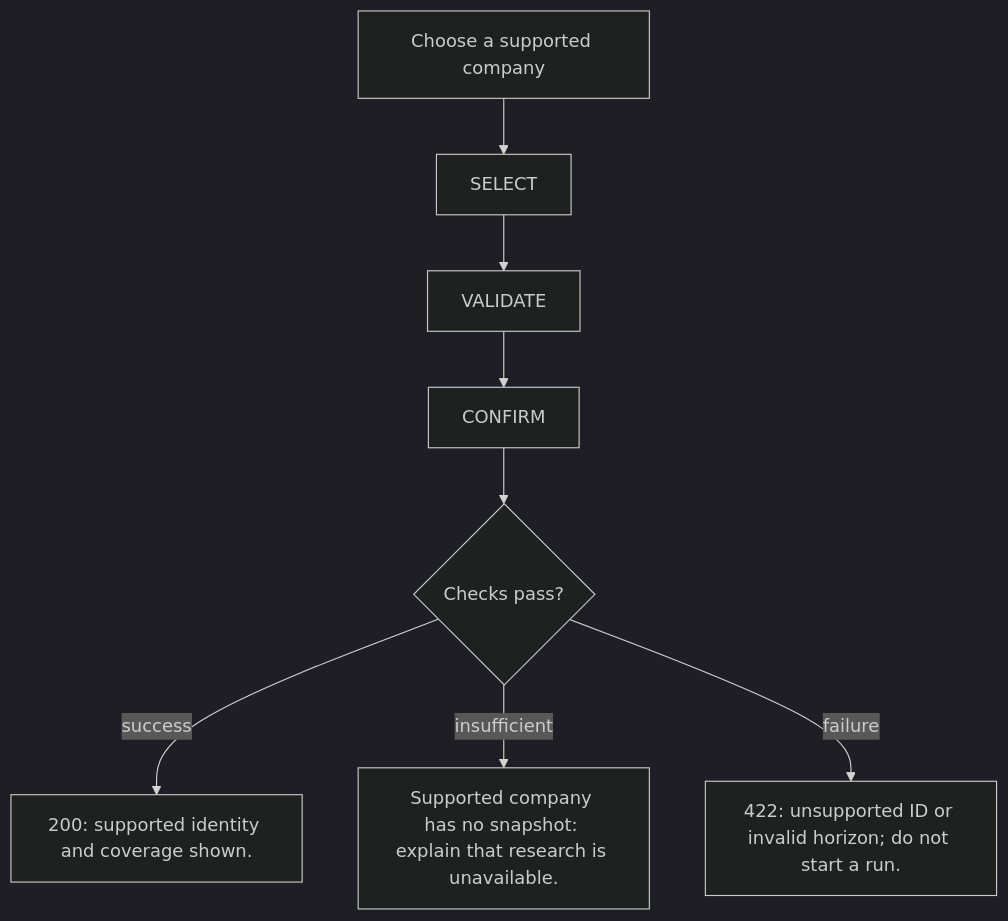
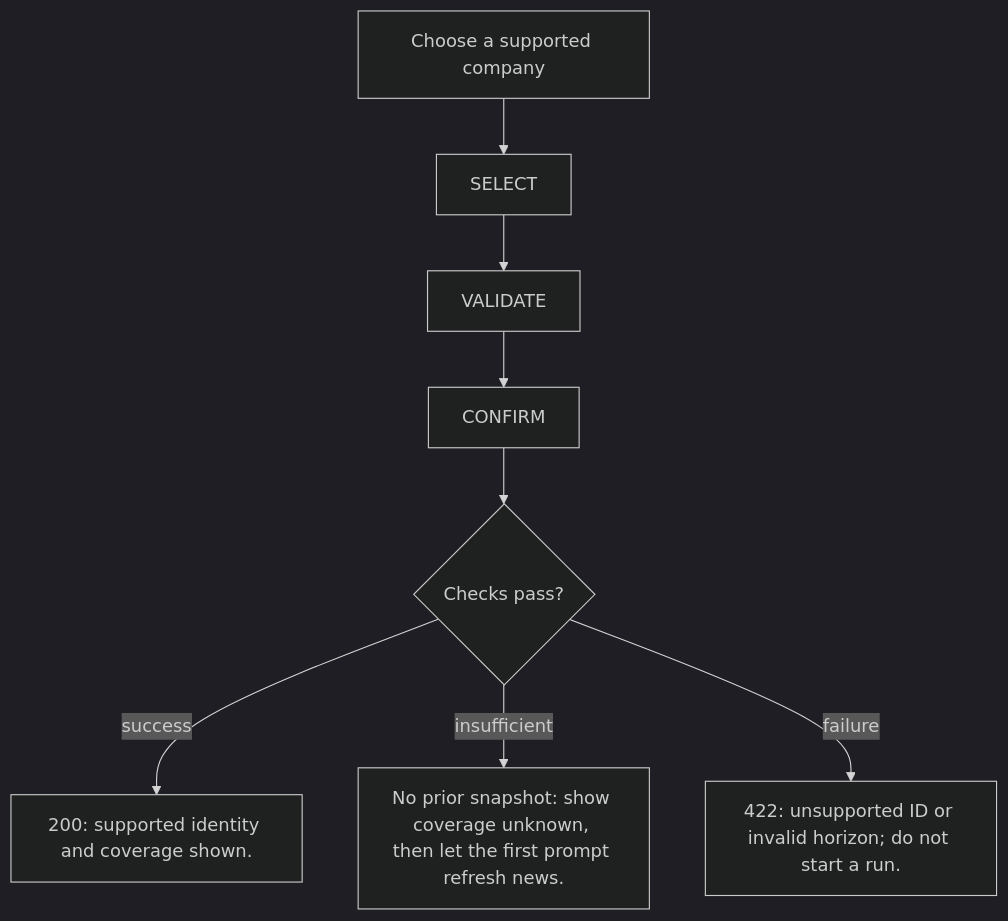
The first of 11 diagrams in public/downloads/financial-report-development-proposal.md (ByronHo68/ai-learning-academy), drawn with Mermaid (dark theme) before and after one commit. The commit also changed other lines of this file and 36 other files, not shown here.

Commit message:
Add measured news research design, observability and evaluation evidence

````diff
--- a/public/downloads/financial-report-development-proposal.md
+++ b/public/downloads/financial-report-development-proposal.md
@@ -279,14 +416,14 @@
 ```mermaid
 flowchart TD
   input["Choose a supported company"]
   s0["SELECT"]
   input --> s0
   s1["VALIDATE"]
   s0 --> s1
   s2["CONFIRM"]
   s1 --> s2
   s2 --> check{Checks pass?}
   check -->|success| b0["200: supported identity and coverage shown."]
-  check -->|insufficient| b1["Supported company has no snapshot: explain that research is unavailable."]
+  check -->|insufficient| b1["No prior snapshot: show coverage unknown, then let the first prompt refresh news."]
   check -->|failure| b2["422: unsupported ID or invalid horizon; do not start a run."]
 ```
````
